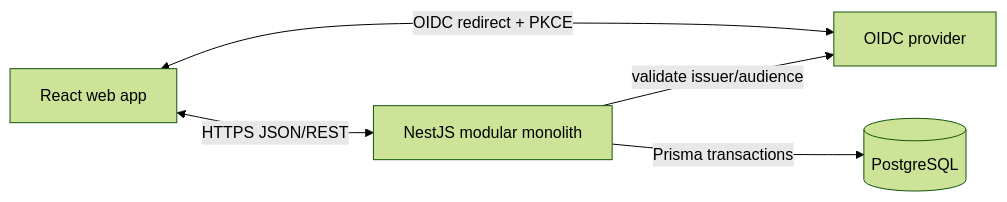
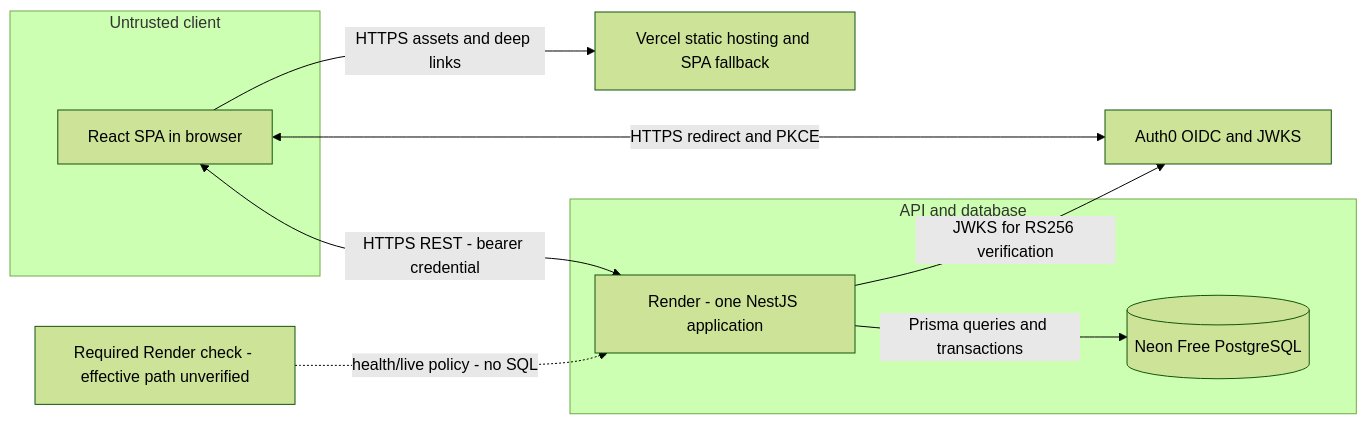
The second of 3 diagrams in docs/flagship/ARCHITECTURE.md (EPraz/keelwatch), drawn with Mermaid (forest theme) before and after one commit. The commit also changed other lines of this file and 7 other files, not shown here.

Commit message:
docs: map current architecture and data ownership (#17)

````diff
--- a/docs/flagship/ARCHITECTURE.md
+++ b/docs/flagship/ARCHITECTURE.md
@@ -35,12 +59,18 @@
 ```mermaid
 flowchart LR
-  Browser[React web app]
-  API[NestJS modular monolith]
-  DB[(PostgreSQL)]
-  IdP[OIDC provider]
-
-  Browser <-->|HTTPS JSON/REST| API
-  Browser <-->|OIDC redirect + PKCE| IdP
-  API -->|validate issuer/audience| IdP
-  API -->|Prisma transactions| DB
+  subgraph Client[Untrusted client]
+    Browser[React SPA in browser]
+  end
+  Vercel[Vercel static hosting and SPA fallback]
+  Auth0[Auth0 OIDC and JWKS]
+  subgraph Server[API and database]
+    API[Render - one NestJS application]
+    DB[(Neon Free PostgreSQL)]
+  end
+  Browser -->|HTTPS assets and deep links| Vercel
+  Browser <-->|HTTPS redirect and PKCE| Auth0
+  Browser <-->|HTTPS REST - bearer credential| API
+  API -->|JWKS for RS256 verification| Auth0
+  API -->|Prisma queries and transactions| DB
+  Probe[Required Render check - effective path unverified] -.->|health/live policy - no SQL| API
 ```
````
